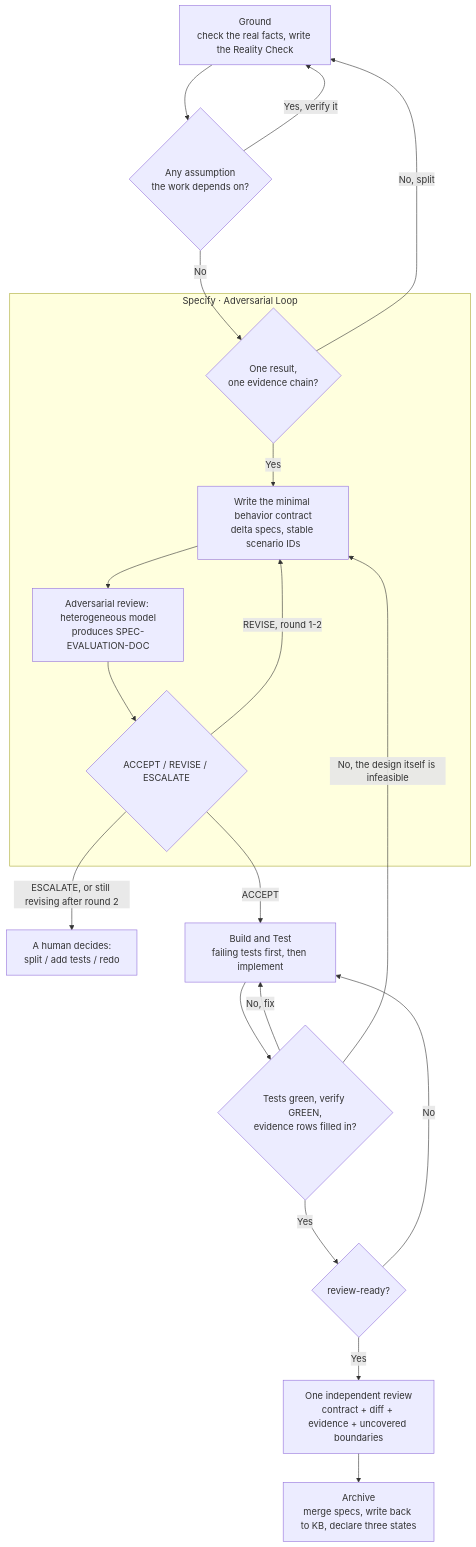
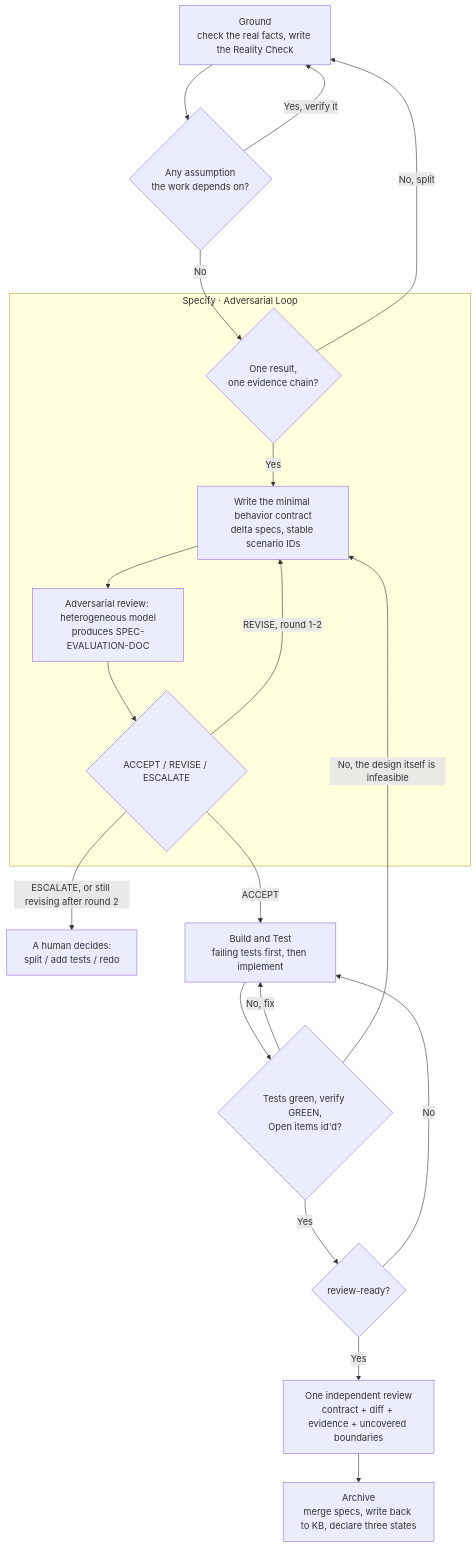
The diagram in docs/concepts.md (Apriorhythm/apriori-spec-development), drawn with Mermaid before and after one commit. The commit also changed other lines of this file and 16 other files, not shown here.

````diff
--- a/docs/concepts.md
+++ b/docs/concepts.md
@@ -294,25 +293,25 @@
 ```mermaid
 graph TD
     B[Ground<br/>check the real facts, write the Reality Check]
     B --> B2{Any assumption<br/>the work depends on?}
     B2 -- Yes, verify it --> B
     B2 -- No --> C0{One result,<br/>one evidence chain?}
     C0 -- No, split --> B
 
     subgraph S1[Specify · Adversarial Loop]
         C0 -- Yes --> C[Write the minimal behavior contract<br/>delta specs, stable scenario IDs]
         C --> D[Adversarial review: heterogeneous model<br/>produces SPEC-EVALUATION-DOC]
         D --> D2{ACCEPT / REVISE / ESCALATE}
         D2 -- REVISE, round 1-2 --> C
     end
 
     D2 -- ESCALATE, or still revising after round 2 --> X[A human decides:<br/>split / add tests / redo]
     D2 -- ACCEPT --> H[Build and Test<br/>failing tests first, then implement]
-    H --> H2{Tests green, verify GREEN,<br/>evidence rows filled in?}
+    H --> H2{Tests green, verify GREEN,<br/>Open items id'd?}
     H2 -- No, fix --> H
     H2 -- No, the design itself is infeasible --> C
     H2 -- Yes --> R{review-ready?}
     R -- No --> H
     R -- Yes --> RV[One independent review<br/>contract + diff + evidence + uncovered boundaries]
     RV --> I[Archive<br/>merge specs, write back to KB, declare three states]
 ```
````
